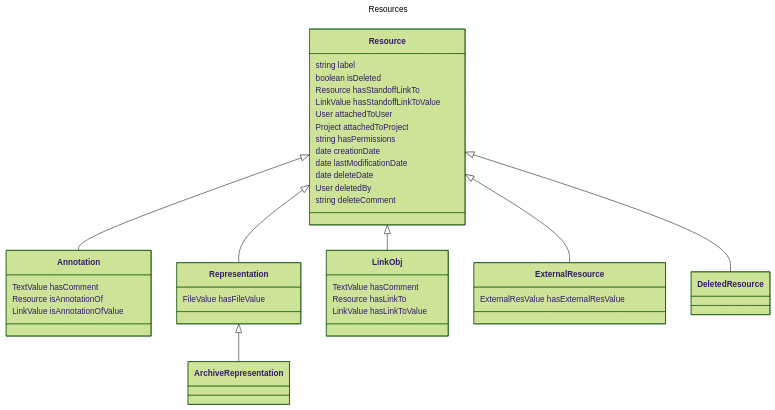
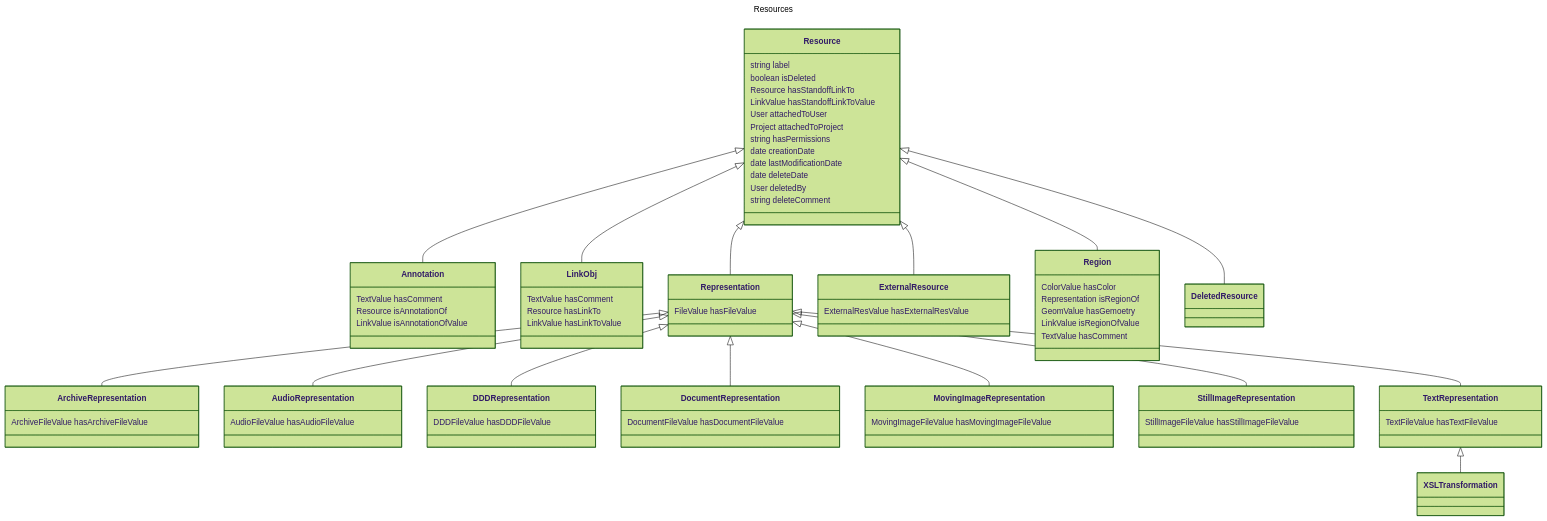
The fifth of 8 diagrams in docs/05-internals/design/domain/domain-model.md (dasch-swiss/dsp-api), drawn with Mermaid (forest theme) before and after one commit.

````diff
--- a/docs/05-internals/design/domain/domain-model.md
+++ b/docs/05-internals/design/domain/domain-model.md
@@ -206,45 +206,81 @@
 ```mermaid
 ---
 title: Resources
 ---
 classDiagram
   %% Classes
   class Resource {
     string label
     boolean isDeleted
     Resource hasStandoffLinkTo
     LinkValue hasStandoffLinkToValue
     User attachedToUser
     Project attachedToProject
     string hasPermissions
     date creationDate
     date lastModificationDate
     date deleteDate
     User deletedBy
     string deleteComment
   }
   class Annotation {
     TextValue hasComment
     Resource isAnnotationOf
     LinkValue isAnnotationOfValue
   }
-  class Representation {
-    FileValue hasFileValue
-  }
   class LinkObj{
     TextValue hasComment
     Resource hasLinkTo
     LinkValue hasLinkToValue
   }
+  class Representation {
+    FileValue hasFileValue
+  }
   class ExternalResource {
     ExternalResValue hasExternalResValue
+  }
+  class Region {
+    ColorValue hasColor
+    Representation isRegionOf
+    GeomValue hasGemoetry
+    LinkValue isRegionOfValue
+    TextValue hasComment
+  }
+  class ArchiveRepresentation {
+    ArchiveFileValue hasArchiveFileValue
+  }
+  class AudioRepresentation {
+    AudioFileValue hasAudioFileValue
+  }
+  class DDDRepresentation {
+    DDDFileValue hasDDDFileValue
+  }
+  class DocumentRepresentation {
+    DocumentFileValue hasDocumentFileValue
+  }
+  class MovingImageRepresentation {
+    MovingImageFileValue hasMovingImageFileValue
+  }
+  class StillImageRepresentation {
+    StillImageFileValue hasStillImageFileValue
+  }
+  class TextRepresentation {
+    TextFileValue hasTextFileValue
   }
 
   %% Relationships
   Resource <|-- Annotation
   Resource <|-- Representation
   Resource <|-- LinkObj
   Resource <|-- ExternalResource
   Resource <|-- DeletedResource
+  Resource <|-- Region
   Representation <|-- ArchiveRepresentation
+  Representation <|-- AudioRepresentation
+  Representation <|-- DDDRepresentation
+  Representation <|-- DocumentRepresentation
+  Representation <|-- MovingImageRepresentation
+  Representation <|-- StillImageRepresentation
+  Representation <|-- TextRepresentation
+  TextRepresentation <|-- XSLTransformation
 ```
````
